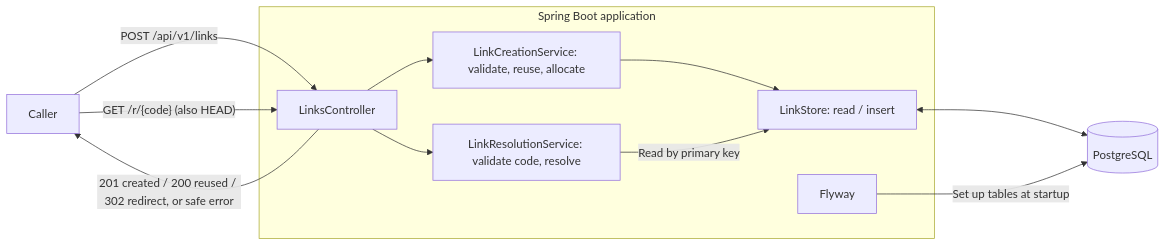
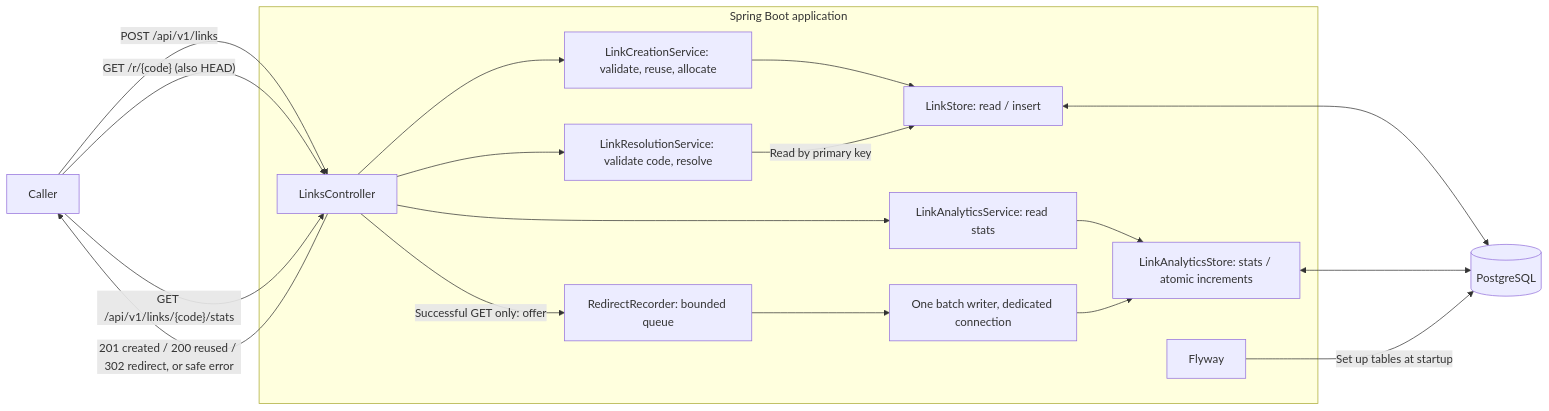
Before and after one commit to jyshnkr/url-shortener: the diagram in docs/architecture.md, drawn with Mermaid. The commit also changed other lines of this file and 28 other files, not shown here.

Commit message:
feat: Implement Link analytics service

````diff
--- a/docs/architecture.md
+++ b/docs/architecture.md
@@ -6,15 +6,22 @@
 ```mermaid
 flowchart LR
     C["Caller"] -->|"POST /api/v1/links"| H
     C -->|"GET /r/{code} (also HEAD)"| H
+    C -->|"GET /api/v1/links/{code}/stats"| H
     subgraph APP["Spring Boot application"]
         H["LinksController"] --> L["LinkCreationService: validate, reuse, allocate"]
         L --> S["LinkStore: read / insert"]
         H --> R["LinkResolutionService: validate code, resolve"]
         R -->|"Read by primary key"| S
+        H --> A["LinkAnalyticsService: read stats"]
+        A --> AS["LinkAnalyticsStore: stats / atomic increments"]
+        H -->|"Successful GET only: offer"| Q["RedirectRecorder: bounded queue"]
+        Q --> W["One batch writer, dedicated connection"]
+        W --> AS
         F["Flyway"]
     end
     S <--> DB[(PostgreSQL)]
+    AS <--> DB
     F -->|"Set up tables at startup"| DB
     H -->|"201 created / 200 reused / 302 redirect, or safe error"| C
 ```
````
